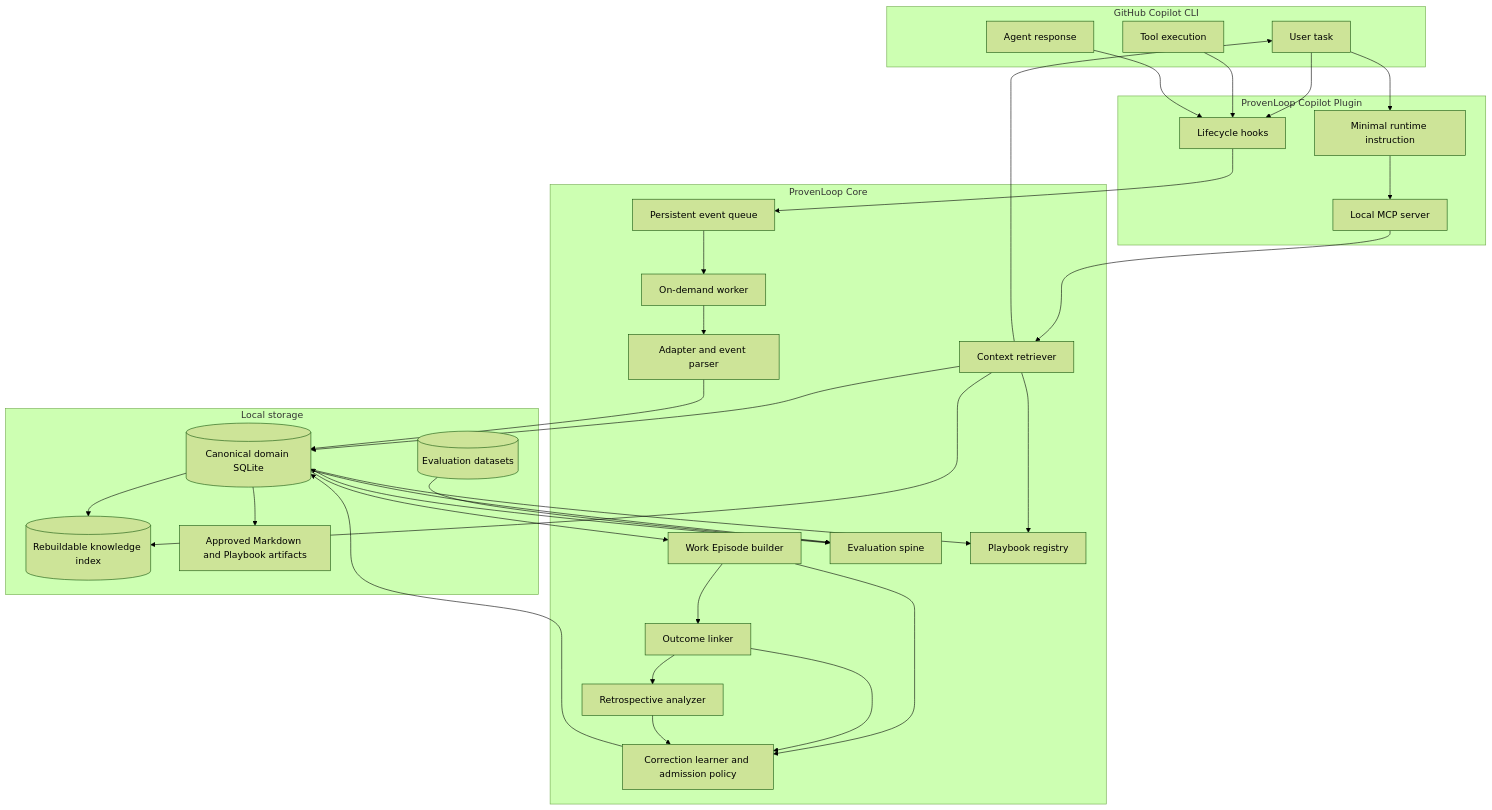
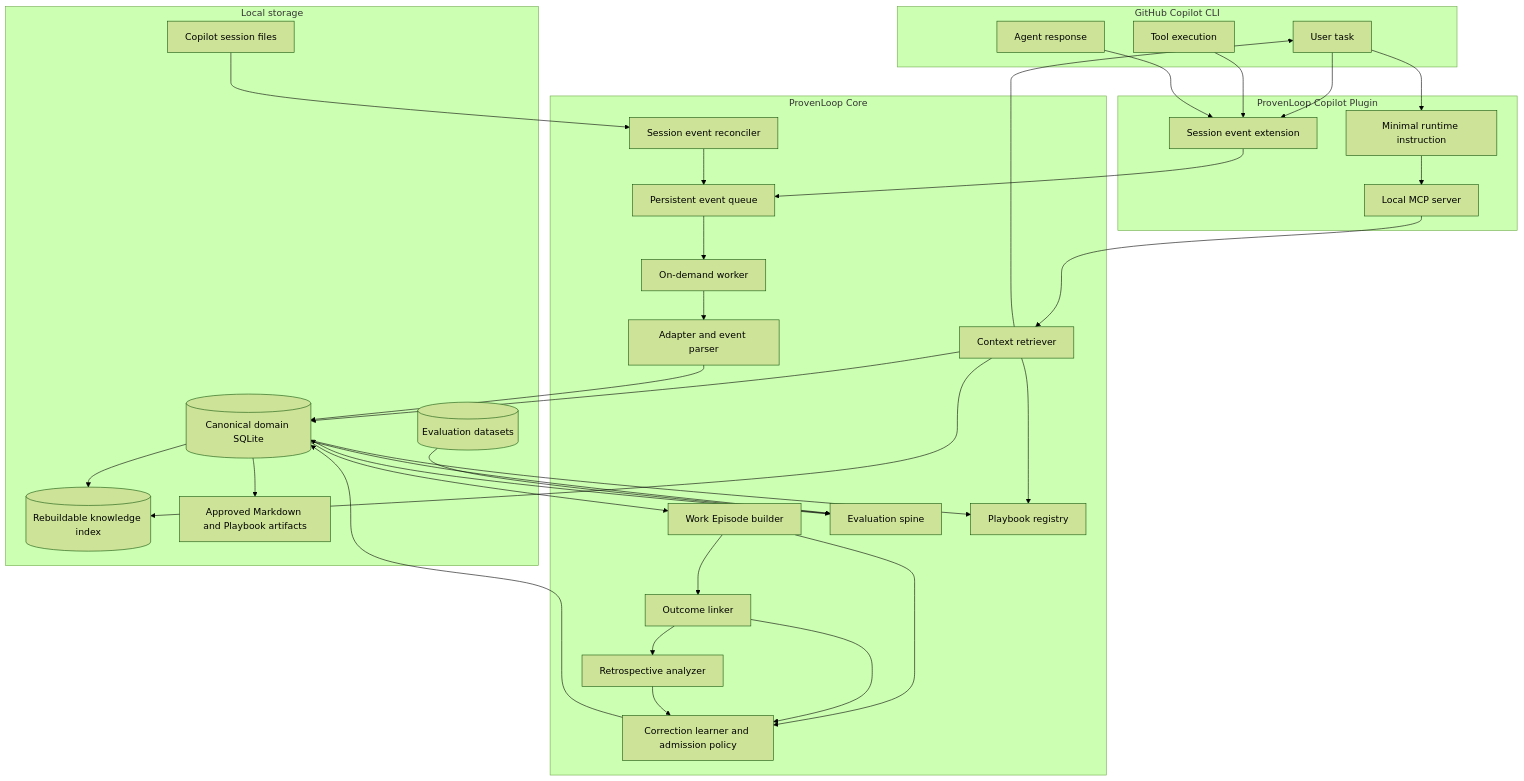
The diagram in docs/architecture.md (cubika/ProvenLoop), drawn with Mermaid (forest theme) before and after one commit. The commit also changed other lines of this file and 8 other files, not shown here.

````diff
--- a/docs/architecture.md
+++ b/docs/architecture.md
@@ -33,63 +33,67 @@
 ```mermaid
 flowchart TB
     subgraph Copilot["GitHub Copilot CLI"]
         Prompt[User task]
         Tools[Tool execution]
         Result[Agent response]
     end
 
     subgraph Plugin["ProvenLoop Copilot Plugin"]
-        Hooks[Lifecycle hooks]
+        Extension[Session event extension]
         MCP[Local MCP server]
         Instruction[Minimal runtime instruction]
     end
 
     subgraph Core["ProvenLoop Core"]
         Queue[Persistent event queue]
+        Reconciler[Session event reconciler]
         Worker[On-demand worker]
         Parser[Adapter and event parser]
         Episode[Work Episode builder]
         Correction[Correction learner and admission policy]
         Linker[Outcome linker]
         Analyzer[Retrospective analyzer]
         Retriever[Context retriever]
         Evaluator[Evaluation spine]
         Registry[Playbook registry]
     end
 
     subgraph Storage["Local storage"]
         EventDB[(Canonical domain SQLite)]
+        SessionState[Copilot session files]
         Knowledge[(Rebuildable knowledge index)]
         Artifacts[Approved Markdown and Playbook artifacts]
         EvalData[(Evaluation datasets)]
     end
 
     Prompt --> Instruction
     Instruction --> MCP
     MCP --> Retriever
     Retriever --> Knowledge
     Retriever --> EventDB
     Retriever --> Registry
     Retriever --> Prompt
 
-    Prompt --> Hooks
-    Tools --> Hooks
-    Result --> Hooks
-    Hooks --> Queue
+    Prompt --> Extension
+    Tools --> Extension
+    Result --> Extension
+    Extension --> Queue
+    SessionState --> Reconciler
+    Reconciler --> Queue
     Queue --> Worker
     Worker --> Parser
     Parser --> EventDB
     EventDB --> Episode
     Episode --> Correction
     Episode --> Linker
     Linker --> Correction
     Linker --> Analyzer
     Analyzer --> Correction
     Correction --> EventDB
     EventDB --> Knowledge
     EventDB --> Artifacts
     EventDB --> Evaluator
     EvalData --> Evaluator
     Evaluator --> EventDB
     EventDB --> Registry
 ```
````
